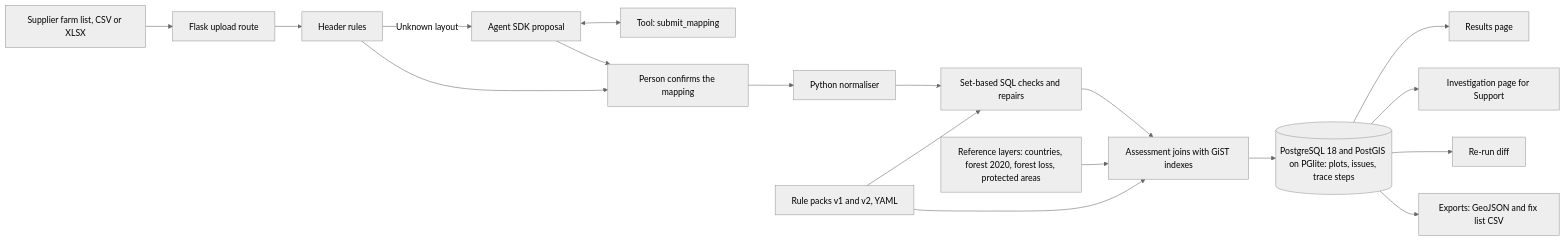
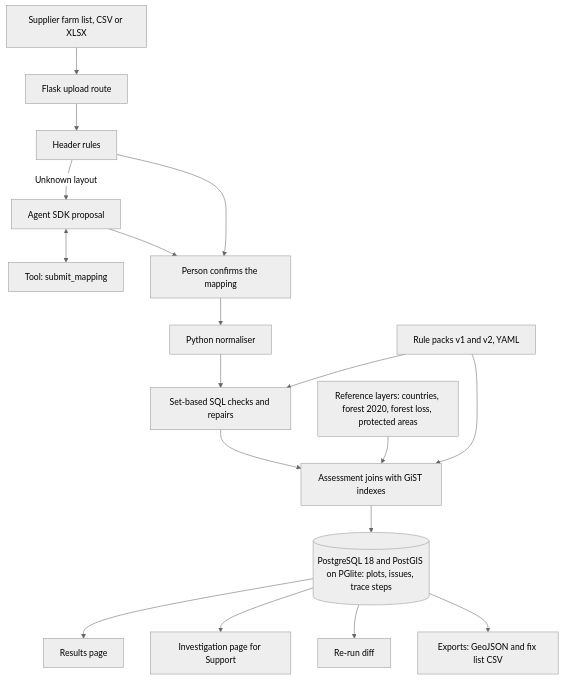
One commit to ArchiusVuong-sudo/eudr-farmlist-check changed the diagram in README.md. Above: the diagram before and after it, drawn with Mermaid (neutral theme).

Commit message:
Draw the architecture diagram top to bottom so its labels stay readable on GitHub

````diff
--- a/README.md
+++ b/README.md
@@ -21,20 +21,20 @@
 ```mermaid
-flowchart LR
+flowchart TB
   list["Supplier farm list, CSV or XLSX"] --> upload["Flask upload route"]
   upload --> rules["Header rules"]
   rules -->|Unknown layout| agent["Agent SDK proposal"]
   agent <--> tool["Tool: submit_mapping"]
   rules --> confirm["Person confirms the mapping"]
   agent --> confirm
   confirm --> norm["Python normaliser"]
   norm --> checks["Set-based SQL checks and repairs"]
   packs["Rule packs v1 and v2, YAML"] --> checks
   packs --> assess
   checks --> assess["Assessment joins with GiST indexes"]
   layers["Reference layers: countries, forest 2020, forest loss, protected areas"] --> assess
   assess --> store[("PostgreSQL 18 and PostGIS on PGlite: plots, issues, trace steps")]
   store --> results["Results page"]
   store --> trace["Investigation page for Support"]
   store --> diff["Re-run diff"]
   store --> exports["Exports: GeoJSON and fix list CSV"]
 ```
````
